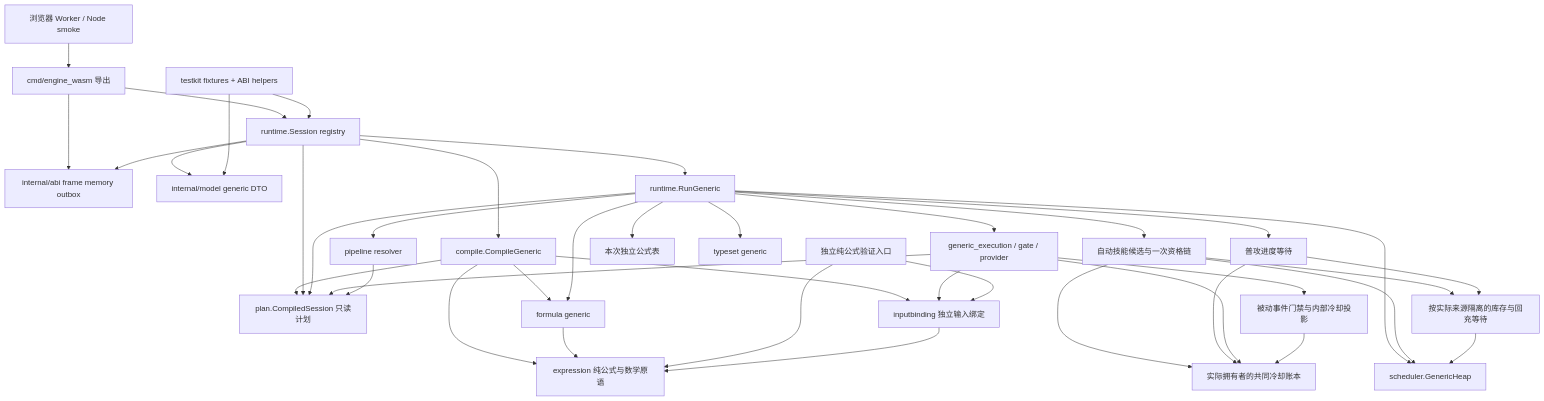
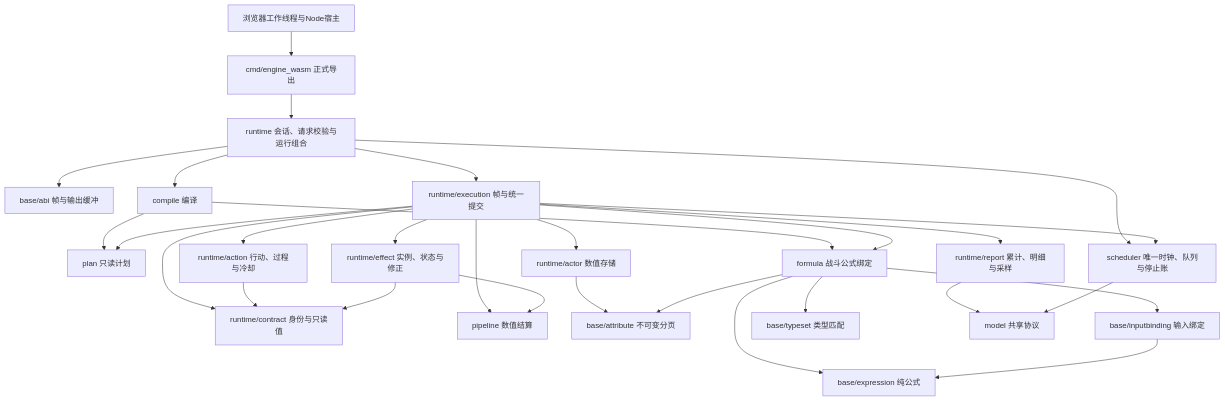
One commit to JeanbartBiubiu/damage_viewer_project_planning changed the first of 4 diagrams in wasm/tinygo_engine_v2/ARCHITECTURE.md. Above: the diagram before and after it, drawn with Mermaid. The commit also changed other lines of this file and 1041 other files, not shown here.

````diff
--- a/wasm/tinygo_engine_v2/ARCHITECTURE.md
+++ b/wasm/tinygo_engine_v2/ARCHITECTURE.md
@@ -7,66 +9,50 @@
 ```mermaid
 graph TD
-    Host["浏览器 Worker / Node smoke"]
-    Exports["cmd/engine_wasm 导出"]
-    ABI["internal/abi frame memory outbox"]
-    Session["runtime.Session registry"]
-    Model["internal/model generic DTO"]
-    Compile["compile.CompileGeneric"]
-    Compiled["plan.CompiledSession 只读计划"]
-    Run["runtime.RunGeneric"]
-    Exec["generic_execution / gate / provider"]
-    Scheduler["scheduler.GenericHeap"]
-    Automatic["自动技能候选与一次资格链"]
-    Cooldown["实际拥有者的共同冷却账本"]
-    Attack["普攻进度等待"]
-	Ammo["按实际来源隔离的库存与回充等待"]
-    Passive["被动事件门禁与内部冷却投影"]
-    Formula["formula generic"]
-    Pure["expression 纯公式与数学原语"]
-    Binding["inputbinding 独立输入绑定"]
-    Probe["独立纯公式验证入口"]
-    RunFormulas["本次独立公式表"]
-    Typeset["typeset generic"]
-    Pipeline["pipeline resolver"]
-    Testkit["testkit fixtures + ABI helpers"]
-
-    Host --> Exports
-    Exports --> ABI
-    Exports --> Session
-    Session --> ABI
-    Session --> Model
-    Session --> Compile
-    Compile --> Compiled
+    Host["浏览器工作线程与Node宿主"]
+    Exports["cmd/engine_wasm 正式导出"]
+    Root["runtime 会话、请求校验与运行组合"]
+    ABI["base/abi 帧与输出缓冲"]
+    Compile["compile 编译"]
+    Plan["plan 只读计划"]
+    Engine["runtime/execution 帧与统一提交"]
+    Loop["scheduler 唯一时钟、队列与停止账"]
+    Actor["runtime/actor 数值存储"]
+    Action["runtime/action 行动、过程与冷却"]
+    Effect["runtime/effect 实例、状态与修正"]
+    Report["runtime/report 累计、明细与采样"]
+    Contract["runtime/contract 身份与只读值"]
+    Formula["formula 战斗公式绑定"]
+    Pipeline["pipeline 数值结算"]
+    Attribute["base/attribute 不可变分页"]
+    Pure["base/expression 纯公式"]
+    Binding["base/inputbinding 输入绑定"]
+    Types["base/typeset 类型匹配"]
+    Model["model 共享协议"]
+    Host --> Exports --> Root
+    Root --> ABI
+    Root --> Compile
+    Root --> Engine
+    Root --> Loop
+    Compile --> Plan
     Compile --> Formula
-    Compile --> Pure
-    Compile --> Binding
-    Session --> Compiled
-    Session --> Run
-    Run --> Exec
-    Run --> Scheduler
-    Run --> Automatic
-    Run --> Attack
-    Automatic --> Cooldown
-	Automatic --> Ammo
-    Automatic --> Scheduler
-    Attack --> Cooldown
-	Attack --> Ammo
-	Ammo --> Scheduler
-    Exec --> Cooldown
-    Exec --> Passive
-    Passive --> Cooldown
-    Run --> Formula
-    Run --> Typeset
-    Run --> Pipeline
-    Run --> Compiled
-    Exec --> Compiled
-    Exec --> Binding
-    Pipeline --> Compiled
-    Run --> RunFormulas
+    Engine --> Plan
+    Engine --> Loop
+    Engine --> Actor
+    Engine --> Action
+    Engine --> Effect
+    Engine --> Report
+    Engine --> Contract
+    Engine --> Formula
+    Engine --> Pipeline
+    Actor --> Attribute
+    Action --> Contract
+    Effect --> Contract
+    Effect --> Pipeline
+    Report --> Model
+    Loop --> Model
+    Formula --> Attribute
     Formula --> Pure
-    Probe --> Pure
-    Probe --> Binding
+    Formula --> Binding
+    Formula --> Types
     Binding --> Pure
-    Testkit --> Session
-    Testkit --> Model
 ```
````
